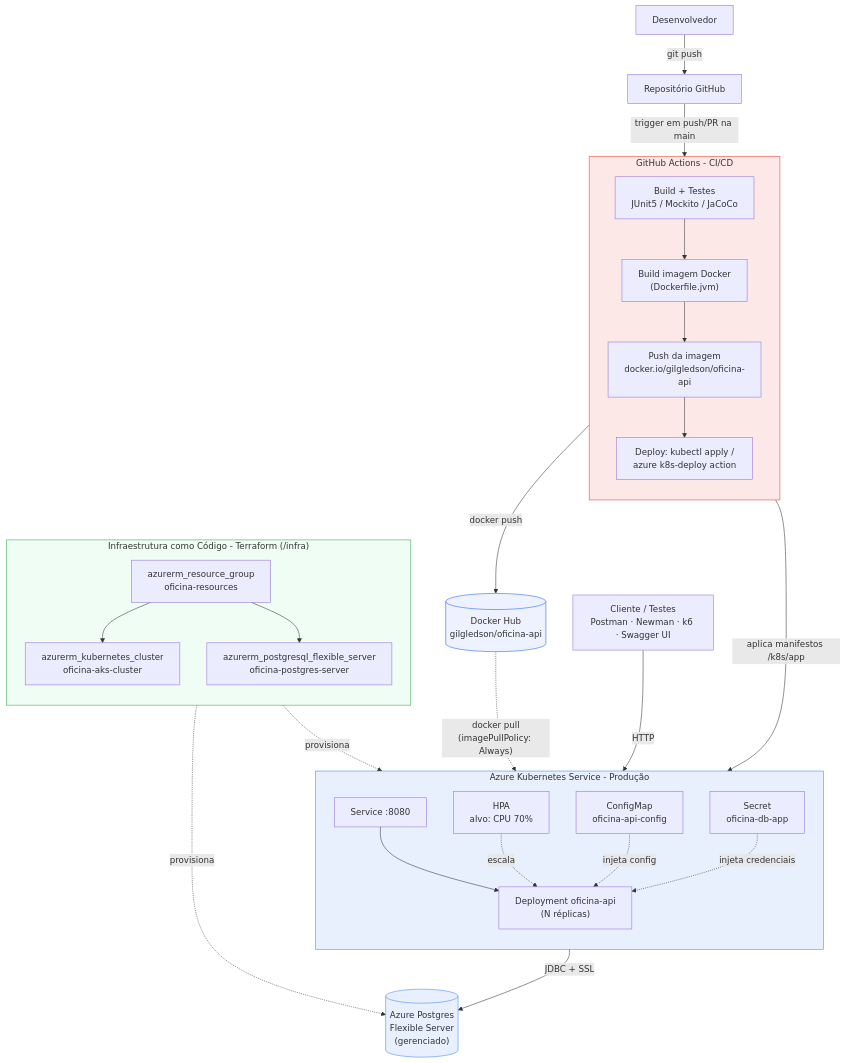
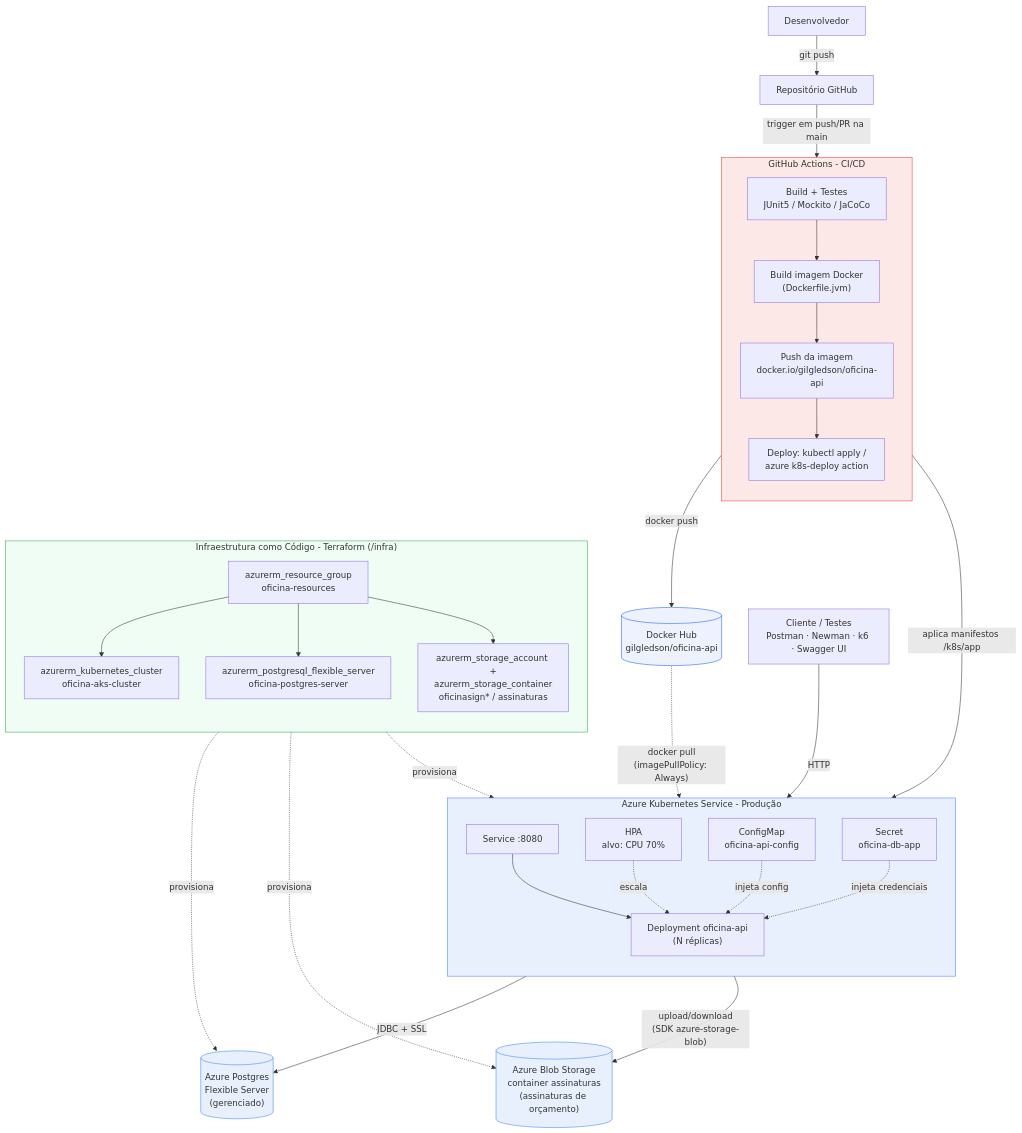
The diagram in docs/diagrama-arquitetura-infraestrutura.mmd (gilgledson/fiat-tech-challenge-ddd), drawn with Mermaid before and after one commit. The commit also changed 1 other file, not shown here.

Commit message:
docs: atualiza diagrama de infra com Azure Blob Storage

```diff
--- a/docs/diagrama-arquitetura-infraestrutura.mmd
+++ b/docs/diagrama-arquitetura-infraestrutura.mmd
@@ -1,55 +1,61 @@
 graph TB
     DEV["Desenvolvedor"] -->|"git push"| GH["Repositório GitHub"]
 
     subgraph CI["GitHub Actions - CI/CD"]
         direction TB
         CI_TEST["Build + Testes<br/>JUnit5 / Mockito / JaCoCo"]
         CI_DOCKER["Build imagem Docker<br/>(Dockerfile.jvm)"]
         CI_PUSH["Push da imagem<br/>docker.io/gilgledson/oficina-api"]
         CI_DEPLOY["Deploy: kubectl apply /<br/>azure k8s-deploy action"]
         CI_TEST --> CI_DOCKER --> CI_PUSH --> CI_DEPLOY
     end
 
     GH -->|"trigger em push/PR na main"| CI_TEST
 
     DOCKERHUB[("Docker Hub<br/>gilgledson/oficina-api")]
     CI_PUSH -->|"docker push"| DOCKERHUB
     DOCKERHUB -.->|"docker pull<br/>(imagePullPolicy: Always)"| API_AKS
 
     subgraph TF["Infraestrutura como Código - Terraform (/infra)"]
         direction TB
         TF_RG["azurerm_resource_group<br/>oficina-resources"]
         TF_AKS["azurerm_kubernetes_cluster<br/>oficina-aks-cluster"]
         TF_DB["azurerm_postgresql_flexible_server<br/>oficina-postgres-server"]
+        TF_STORAGE["azurerm_storage_account +<br/>azurerm_storage_container<br/>oficinasign* / assinaturas"]
         TF_RG --> TF_AKS
         TF_RG --> TF_DB
+        TF_RG --> TF_STORAGE
     end
 
     subgraph AKS["Azure Kubernetes Service - Produção"]
         direction TB
         SVC_AKS["Service :8080"]
         API_AKS["Deployment oficina-api<br/>(N réplicas)"]
         HPA_AKS["HPA<br/>alvo: CPU 70%"]
         CM_AKS["ConfigMap<br/>oficina-api-config"]
         SEC_AKS["Secret<br/>oficina-db-app"]
         SVC_AKS --> API_AKS
         HPA_AKS -.escala.-> API_AKS
         CM_AKS -.injeta config.-> API_AKS
         SEC_AKS -.injeta credenciais.-> API_AKS
     end
 
     PGFLEX[("Azure Postgres<br/>Flexible Server<br/>(gerenciado)")]
+    STORAGE[("Azure Blob Storage<br/>container assinaturas<br/>(assinaturas de orçamento)")]
 
     TF_AKS -.provisiona.-> AKS
     TF_DB -.provisiona.-> PGFLEX
+    TF_STORAGE -.provisiona.-> STORAGE
     CI_DEPLOY -->|"aplica manifestos /k8s/app"| AKS
     API_AKS -->|"JDBC + SSL"| PGFLEX
+    API_AKS -->|"upload/download<br/>(SDK azure-storage-blob)"| STORAGE
 
     CLIENTE["Cliente / Testes<br/>Postman · Newman · k6 · Swagger UI"]
     CLIENTE -->|"HTTP"| SVC_AKS
 
     style AKS fill:#e8f0fe,stroke:#4285f4
     style TF fill:#f0fdf4,stroke:#34a853
     style CI fill:#fce8e6,stroke:#ea4335
     style PGFLEX fill:#e8f0fe,stroke:#4285f4
+    style STORAGE fill:#e8f0fe,stroke:#4285f4
     style DOCKERHUB fill:#eef2ff,stroke:#1d63ed
```
